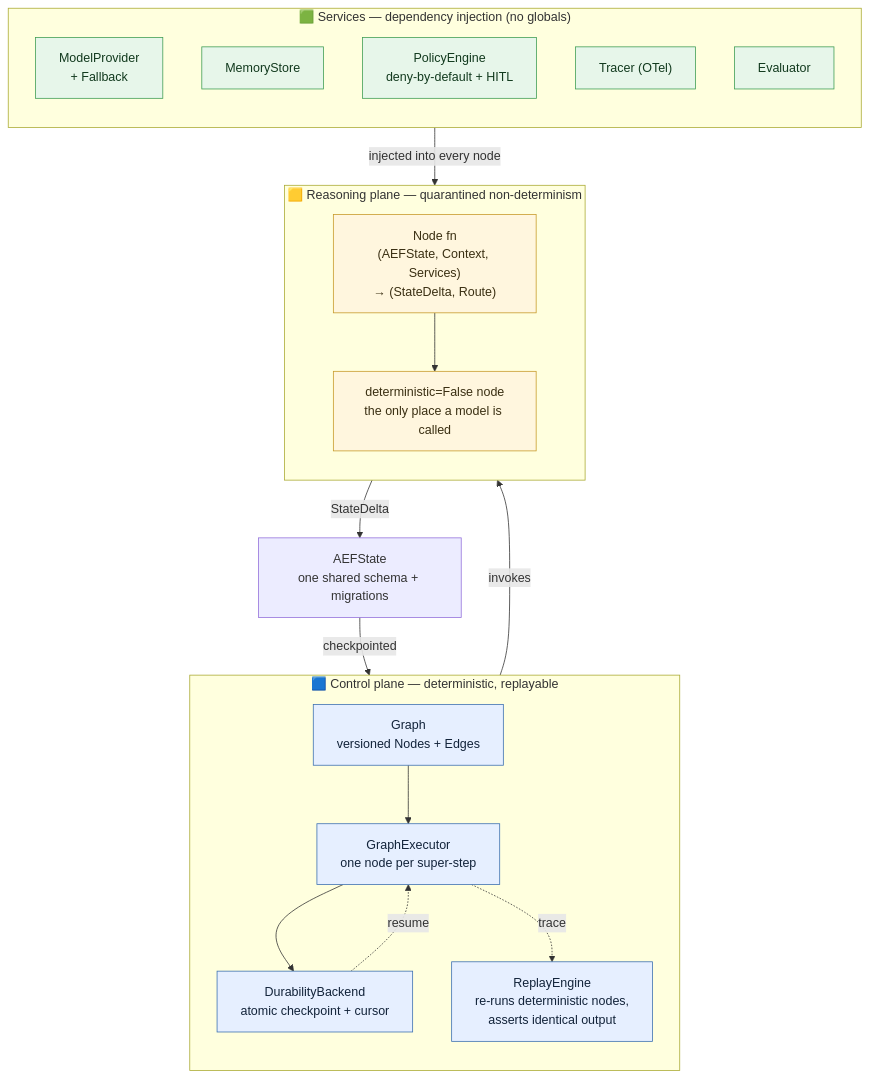
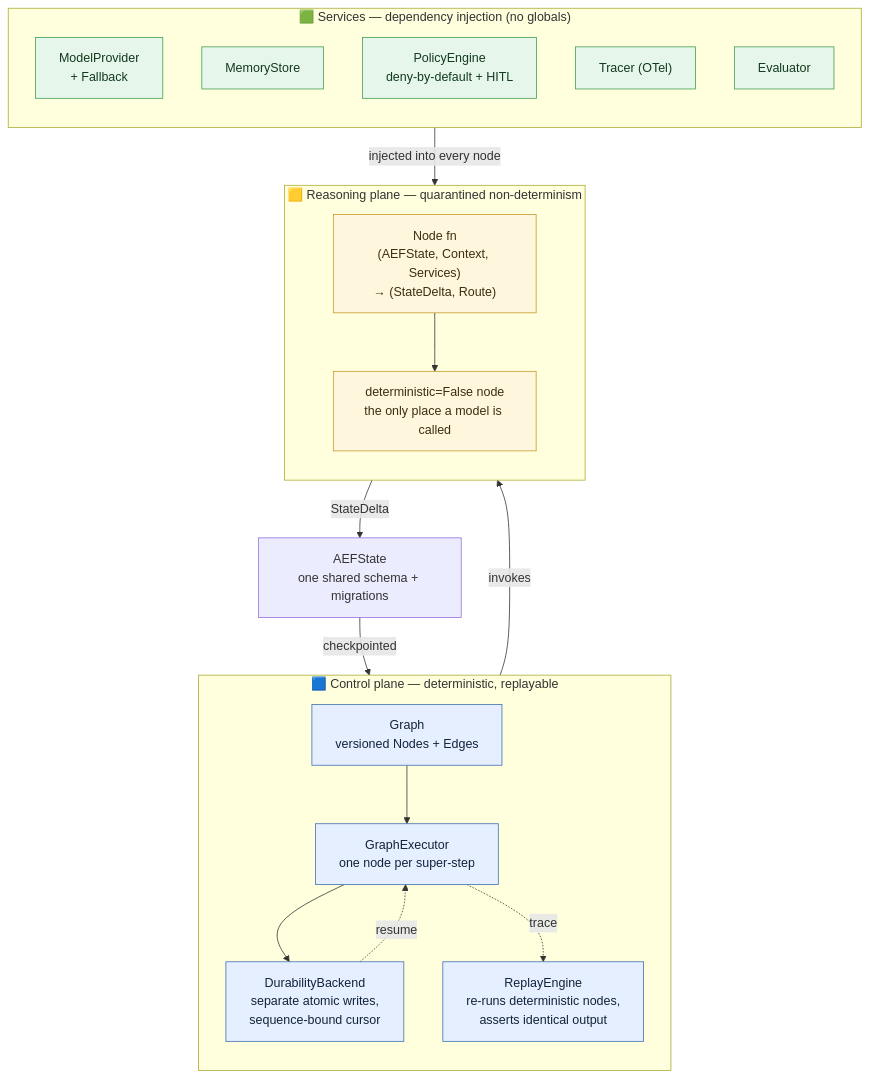
The first of 2 diagrams in README.md (AndrewGoodson/aef-core), drawn with Mermaid before and after one commit. The commit also changed other lines of this file and 168 other files, not shown here.

````diff
--- a/README.md
+++ b/README.md
@@ -49,41 +58,41 @@
 ```mermaid
 flowchart TB
     subgraph CP["🟦 Control plane — deterministic, replayable"]
         direction TB
         G["Graph<br/>versioned Nodes + Edges"]
         EX["GraphExecutor<br/>one node per super-step"]
-        DUR["DurabilityBackend<br/>atomic checkpoint + cursor"]
+        DUR["DurabilityBackend<br/>separate atomic writes,<br/>sequence-bound cursor"]
         RP["ReplayEngine<br/>re-runs deterministic nodes,<br/>asserts identical output"]
         G --> EX --> DUR
         DUR -.->|resume| EX
         EX -.->|trace| RP
     end
 
     subgraph RN["🟨 Reasoning plane — quarantined non-determinism"]
         direction TB
         NODE["Node fn<br/>(AEFState, Context, Services)<br/>→ (StateDelta, Route)"]
         LLM["deterministic=False node<br/>the only place a model is called"]
         NODE --> LLM
     end
 
     subgraph SVC["🟩 Services — dependency injection (no globals)"]
         direction TB
         MP["ModelProvider<br/>+ Fallback"]
         MEM["MemoryStore"]
         POL["PolicyEngine<br/>deny-by-default + HITL"]
         TR["Tracer (OTel)"]
         EV["Evaluator"]
     end
 
     EX -->|invokes| NODE
     SVC -->|injected into every node| NODE
     NODE -->|StateDelta| ST["AEFState<br/>one shared schema + migrations"]
     ST -->|checkpointed| DUR
 
     classDef cp fill:#e6efff,stroke:#3b6fb0,color:#12233a;
     classDef rn fill:#fff6de,stroke:#c79a2a,color:#3a2f12;
     classDef sv fill:#e7f6ea,stroke:#3f9d54,color:#123a1e;
     class G,EX,DUR,RP cp;
     class NODE,LLM rn;
     class MP,MEM,POL,TR,EV sv;
 ```
````
